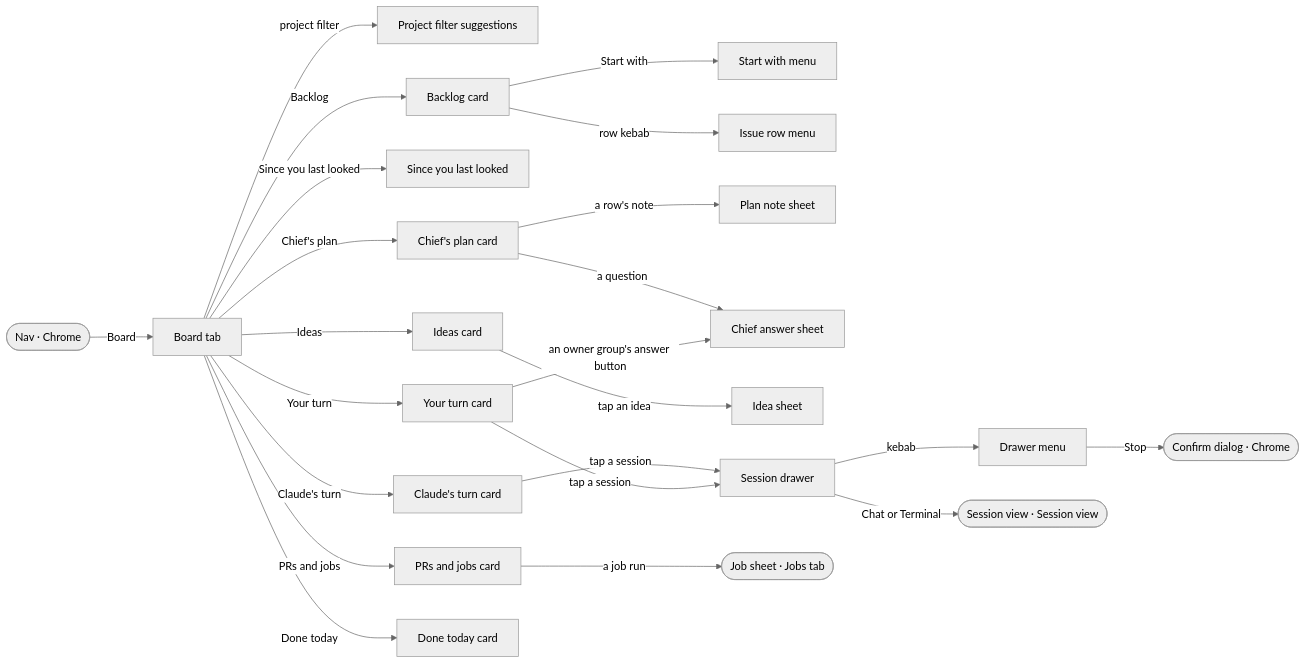
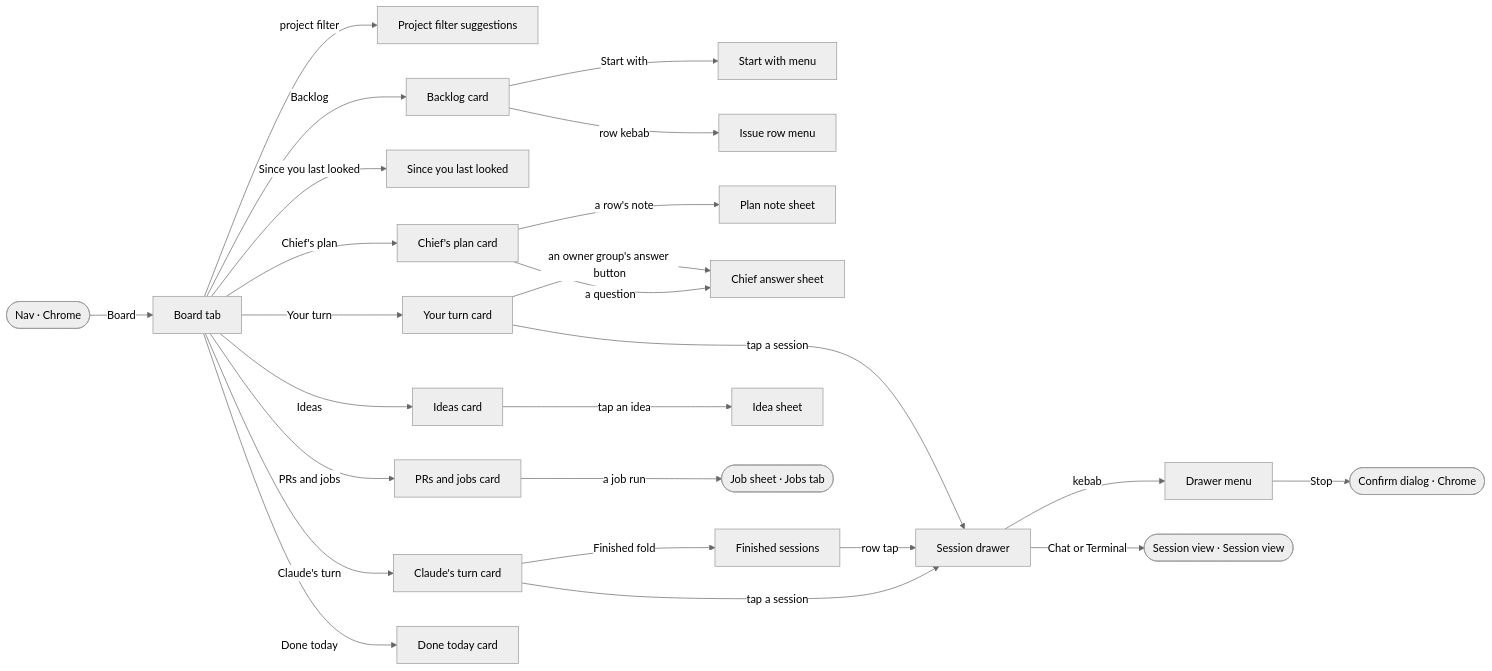
One commit to ferraroroberto/app-launcher changed the fifth of 10 diagrams in docs/ux-surface-map.md. Above: the diagram before and after it, drawn with Mermaid (neutral theme). The commit also changed other lines of this file and 8 other files, not shown here.

First line of the commit message:
feat: fold finished sessions out of Claude's turn on the Board (#2602)

````diff
--- a/docs/ux-surface-map.md
+++ b/docs/ux-surface-map.md
@@ -871,46 +871,49 @@
 ```mermaid
 flowchart LR
   s49["Board tab"]
   s50["Project filter suggestions"]
   s51["Backlog card"]
   s52["Start with menu"]
   s53["Issue row menu"]
   s54["Since you last looked"]
   s55["Chief's plan card"]
   s56["Plan note sheet"]
   s57["Chief answer sheet"]
   s58["Claude's turn card"]
-  s59["Ideas card"]
-  s60["Idea sheet"]
-  s61["Your turn card"]
-  s62["PRs and jobs card"]
-  s63["Done today card"]
-  s64["Session drawer"]
-  s65["Drawer menu"]
+  s59["Finished sessions"]
+  s60["Ideas card"]
+  s61["Idea sheet"]
+  s62["Your turn card"]
+  s63["PRs and jobs card"]
+  s64["Done today card"]
+  s65["Session drawer"]
+  s66["Drawer menu"]
   s0(["Nav · Chrome"])
-  s74(["Job sheet · Jobs tab"])
+  s75(["Job sheet · Jobs tab"])
   s27(["Session view · Session view"])
   s3(["Confirm dialog · Chrome"])
   s0 -->|"Board"| s49
   s49 -->|"Backlog"| s51
   s49 -->|"Since you last looked"| s54
   s49 -->|"Chief's plan"| s55
   s49 -->|"Claude's turn"| s58
-  s49 -->|"Ideas"| s59
-  s49 -->|"Your turn"| s61
-  s49 -->|"PRs and jobs"| s62
-  s49 -->|"Done today"| s63
+  s49 -->|"Ideas"| s60
+  s49 -->|"Your turn"| s62
+  s49 -->|"PRs and jobs"| s63
+  s49 -->|"Done today"| s64
   s49 -->|"project filter"| s50
   s51 -->|"Start with"| s52
   s51 -->|"row kebab"| s53
   s55 -->|"a row's note"| s56
   s55 -->|"a question"| s57
-  s58 -->|"tap a session"| s64
-  s59 -->|"tap an idea"| s60
-  s61 -->|"tap a session"| s64
-  s61 -->|"an owner group's answer button"| s57
-  s62 -->|"a job run"| s74
-  s64 -->|"kebab"| s65
-  s64 -->|"Chat or Terminal"| s27
-  s65 -->|"Stop"| s3
+  s58 -->|"tap a session"| s65
+  s58 -->|"Finished fold"| s59
+  s59 -->|"row tap"| s65
+  s60 -->|"tap an idea"| s61
+  s62 -->|"tap a session"| s65
+  s62 -->|"an owner group's answer button"| s57
+  s63 -->|"a job run"| s75
+  s65 -->|"kebab"| s66
+  s65 -->|"Chat or Terminal"| s27
+  s66 -->|"Stop"| s3
 ```
````
